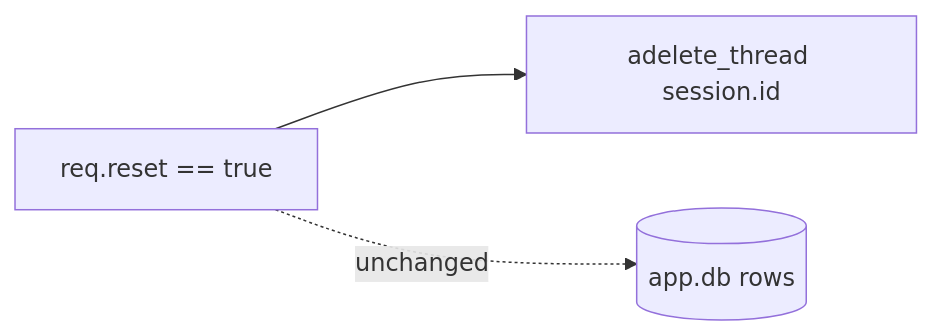
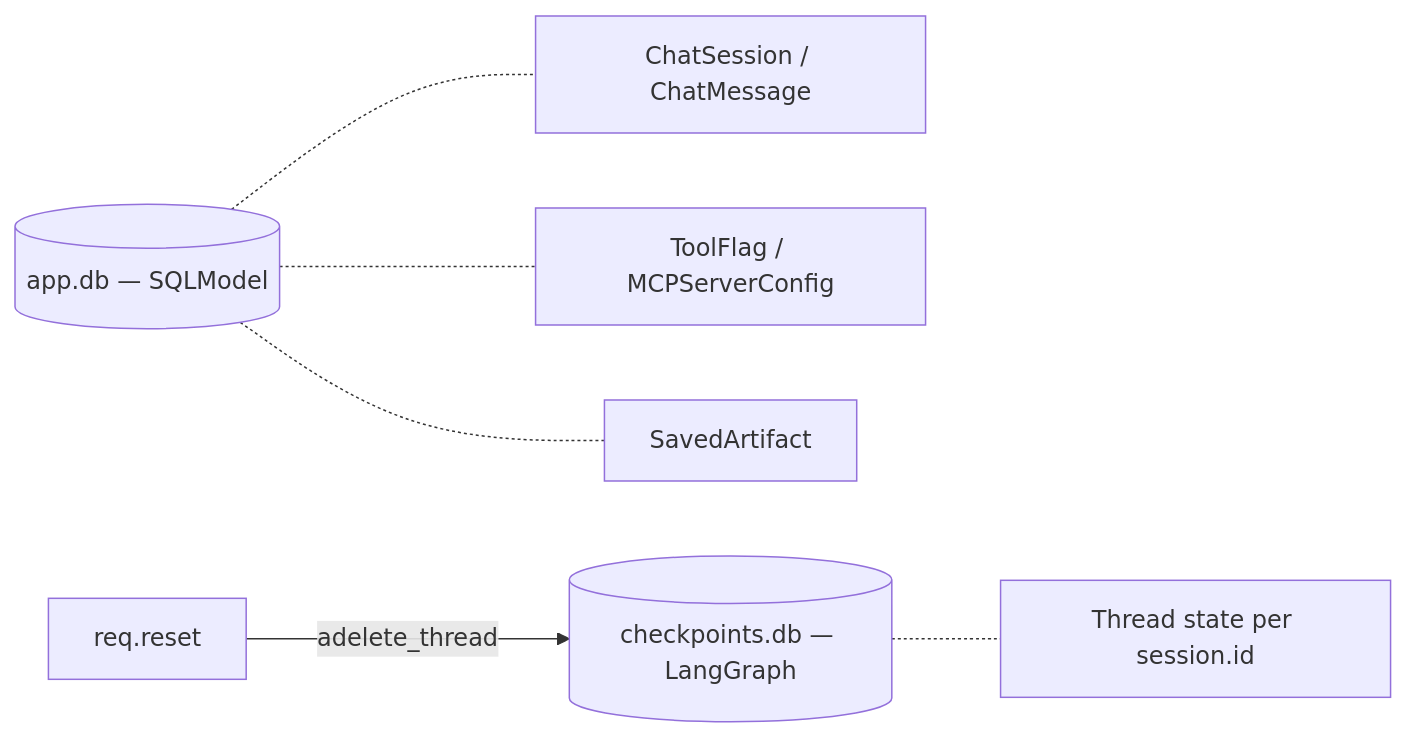
One commit to miskibin/local-code changed the diagram in docs/src/content/docs/modules/persistence.md. Above: the diagram before and after it, drawn with Mermaid. The commit also changed other lines of this file and 17 other files, not shown here.

````diff
--- a/docs/src/content/docs/modules/persistence.md
+++ b/docs/src/content/docs/modules/persistence.md
@@ -70,5 +8,8 @@
 ```mermaid
 flowchart LR
-    Reset[req.reset == true] --> CP[adelete_thread session.id]
-    Reset -. unchanged .-> AppDB[(app.db rows)]
+    AppDB[(app.db — SQLModel)] -.- A1[ChatSession / ChatMessage]
+    AppDB -.- A2[ToolFlag / MCPServerConfig]
+    AppDB -.- A3[SavedArtifact]
+    CK[(checkpoints.db — LangGraph)] -.- C1[Thread state per session.id]
+    Reset[req.reset] -- adelete_thread --> CK
 ```
````
